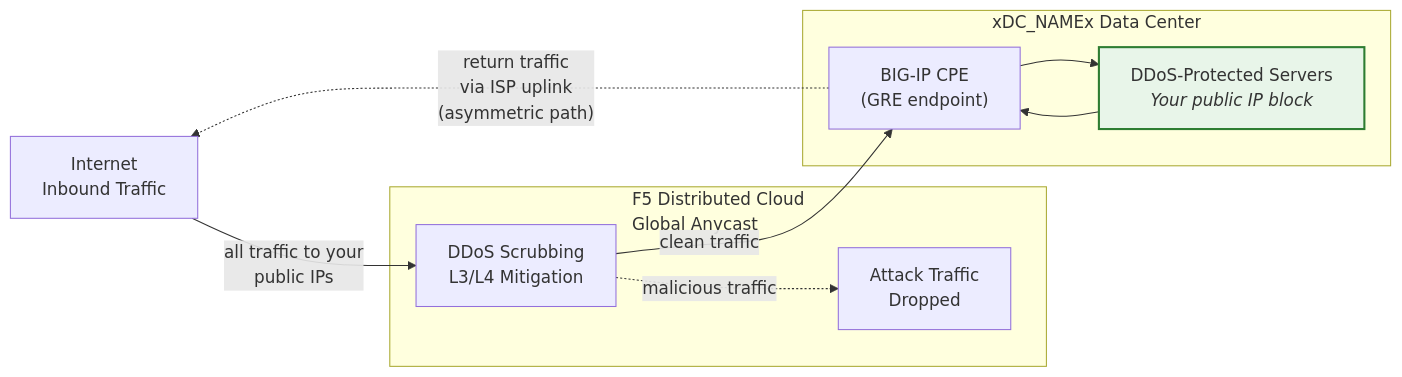
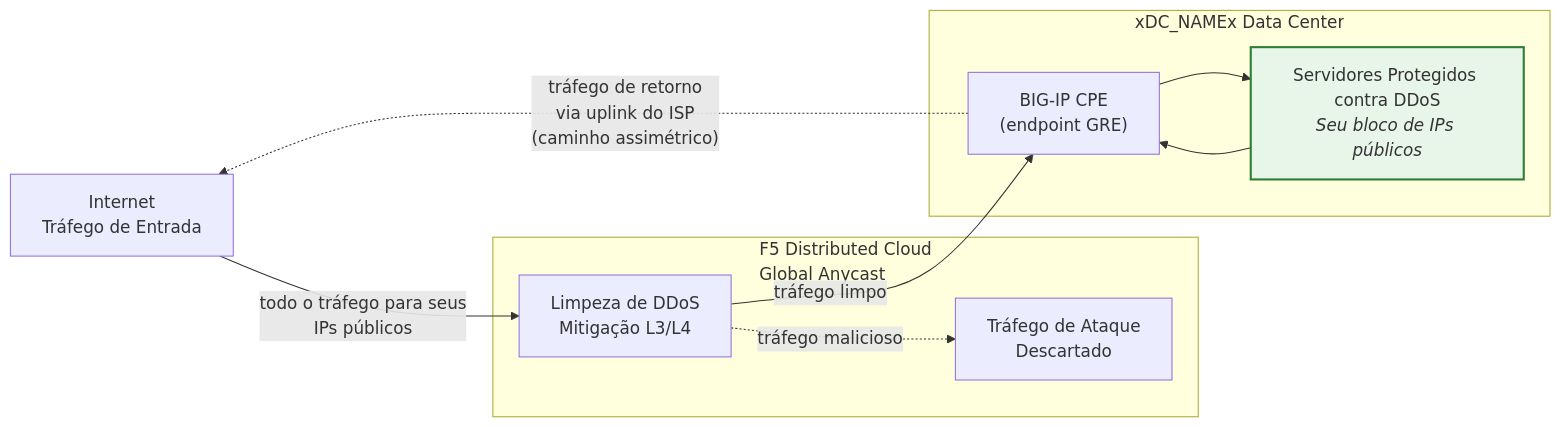
Before and after one commit to f5-sales-demo/ddos: the first of 2 diagrams in docs/pt-br/overview.mdx, drawn with Mermaid. The commit also changed other lines of this file and 89 other files, not shown here.

````diff
--- a/docs/pt-br/overview.mdx
+++ b/docs/pt-br/overview.mdx
@@ -20,23 +21,23 @@
 ```mermaid
 flowchart LR
-    INET["Internet<br/>Inbound Traffic"]
+    INET["Internet<br/>Tráfego de Entrada"]
 
     subgraph XC["F5 Distributed Cloud<br/>Global Anycast"]
-        SCRUB["DDoS Scrubbing<br/>L3/L4 Mitigation"]
-        DROP["Attack Traffic<br/>Dropped"]
+        SCRUB["Limpeza de DDoS<br/>Mitigação L3/L4"]
+        DROP["Tráfego de Ataque<br/>Descartado"]
     end
 
     subgraph DC["xDC_NAMEx Data Center"]
-        BIGIP["BIG-IP CPE<br/>(GRE endpoint)"]
-        SERVERS["DDoS-Protected Servers<br/><i>Your public IP block</i>"]
+        BIGIP["BIG-IP CPE<br/>(endpoint GRE)"]
+        SERVERS["Servidores Protegidos contra DDoS<br/><i>Seu bloco de IPs públicos</i>"]
     end
 
-    INET -->|"all traffic to your<br/>public IPs"| SCRUB
-    SCRUB -->|"clean traffic"| BIGIP
-    SCRUB -.->|"malicious traffic"| DROP
+    INET -->|"todo o tráfego para seus<br/>IPs públicos"| SCRUB
+    SCRUB -->|"tráfego limpo"| BIGIP
+    SCRUB -.->|"tráfego malicioso"| DROP
     BIGIP --> SERVERS
     SERVERS --> BIGIP
-    BIGIP -.->|"return traffic<br/>via ISP uplink<br/>(asymmetric path)"| INET
+    BIGIP -.->|"tráfego de retorno<br/>via uplink do ISP<br/>(caminho assimétrico)"| INET
 
     style SERVERS fill:#e8f5e9,stroke:#2e7d32,stroke-width:2px
 ```
````
